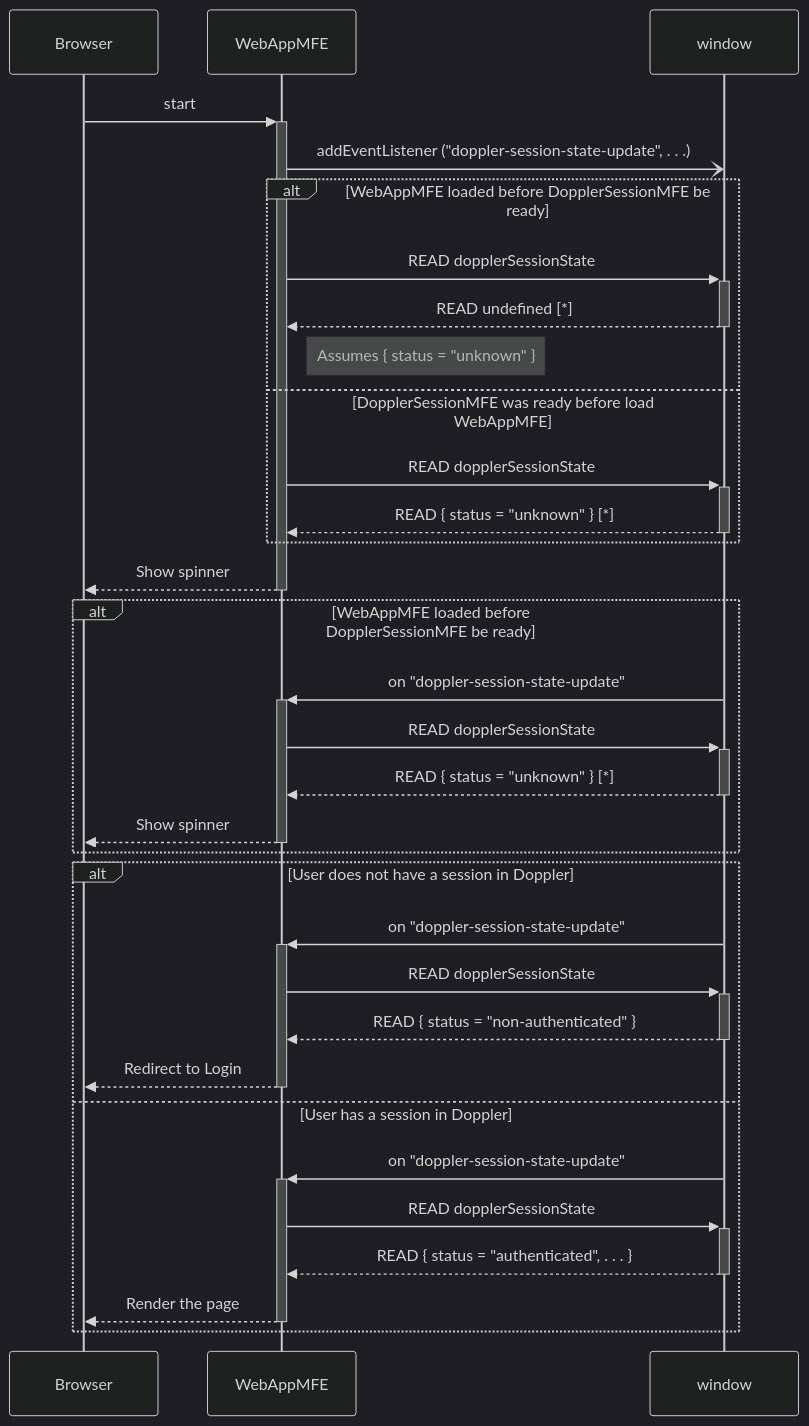
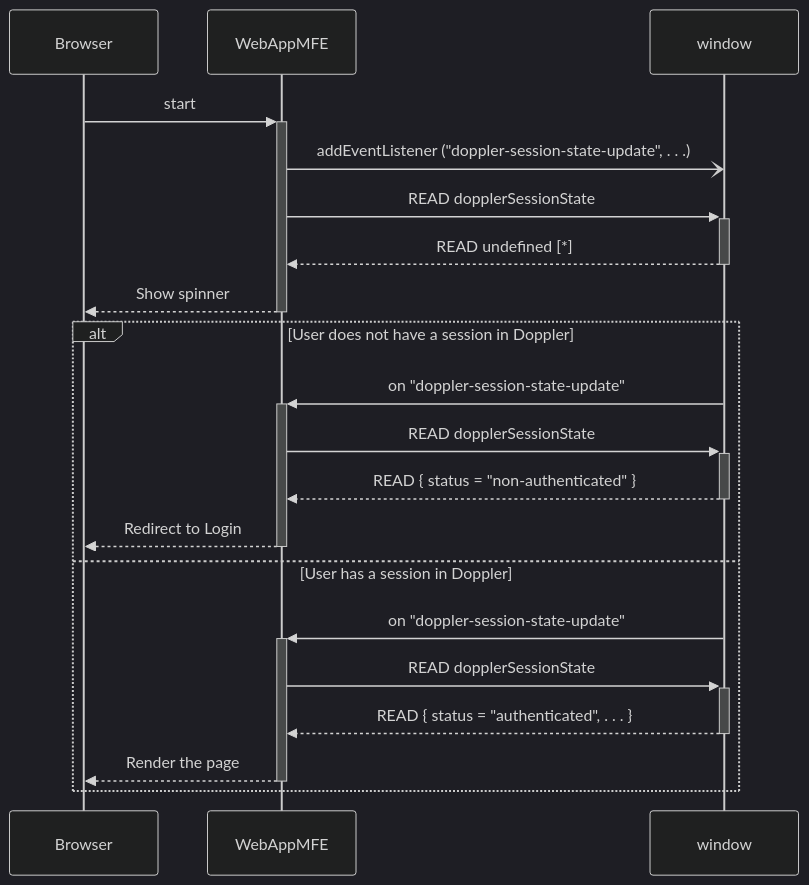
Before and after one commit to FromDoppler/doppler-session-mfe: the second of 2 diagrams in README.md, drawn with Mermaid (dark theme). The commit also changed other lines of this file and 3 other files, not shown here.

Commit message:
fix: do not set unknown state during starting of session state monitor

````diff
--- a/README.md
+++ b/README.md
@@ -49,37 +47,24 @@
 ```mermaid
 sequenceDiagram
   participant Browser
   participant WebAppMFE
   participant window
 
   Browser->>+WebAppMFE: start
   WebAppMFE-)window: addEventListener ("doppler-session-state-update", . . .)
-  alt WebAppMFE loaded before DopplerSessionMFE be ready
-    WebAppMFE->>+window: READ dopplerSessionState
-    window-->>-WebAppMFE: READ undefined [*]
-    Note right of WebAppMFE: Assumes { status = "unknown" }
-  else DopplerSessionMFE was ready before load WebAppMFE
-    WebAppMFE->>+window: READ dopplerSessionState
-    window-->>-WebAppMFE: READ { status = "unknown" } [*]
-  end
+  WebAppMFE->>+window: READ dopplerSessionState
+  window-->>-WebAppMFE: READ undefined [*]
   WebAppMFE-->>-Browser: Show spinner
-
-  alt WebAppMFE loaded before DopplerSessionMFE be ready
-    window->>+WebAppMFE: on "doppler-session-state-update"
-    WebAppMFE->>+window: READ dopplerSessionState
-    window-->>-WebAppMFE: READ { status = "unknown" } [*]
-    WebAppMFE-->>-Browser: Show spinner
-  end
 
   alt User does not have a session in Doppler
     window->>+WebAppMFE: on "doppler-session-state-update"
     WebAppMFE->>+window: READ dopplerSessionState
     window-->>-WebAppMFE: READ { status = "non-authenticated" }
     WebAppMFE-->>-Browser: Redirect to Login
   else User has a session in Doppler
     window->>+WebAppMFE: on "doppler-session-state-update"
     WebAppMFE->>+window: READ dopplerSessionState
     window-->>-WebAppMFE: READ { status = "authenticated", . . . }
     WebAppMFE-->>-Browser: Render the page
   end
 ```
````
